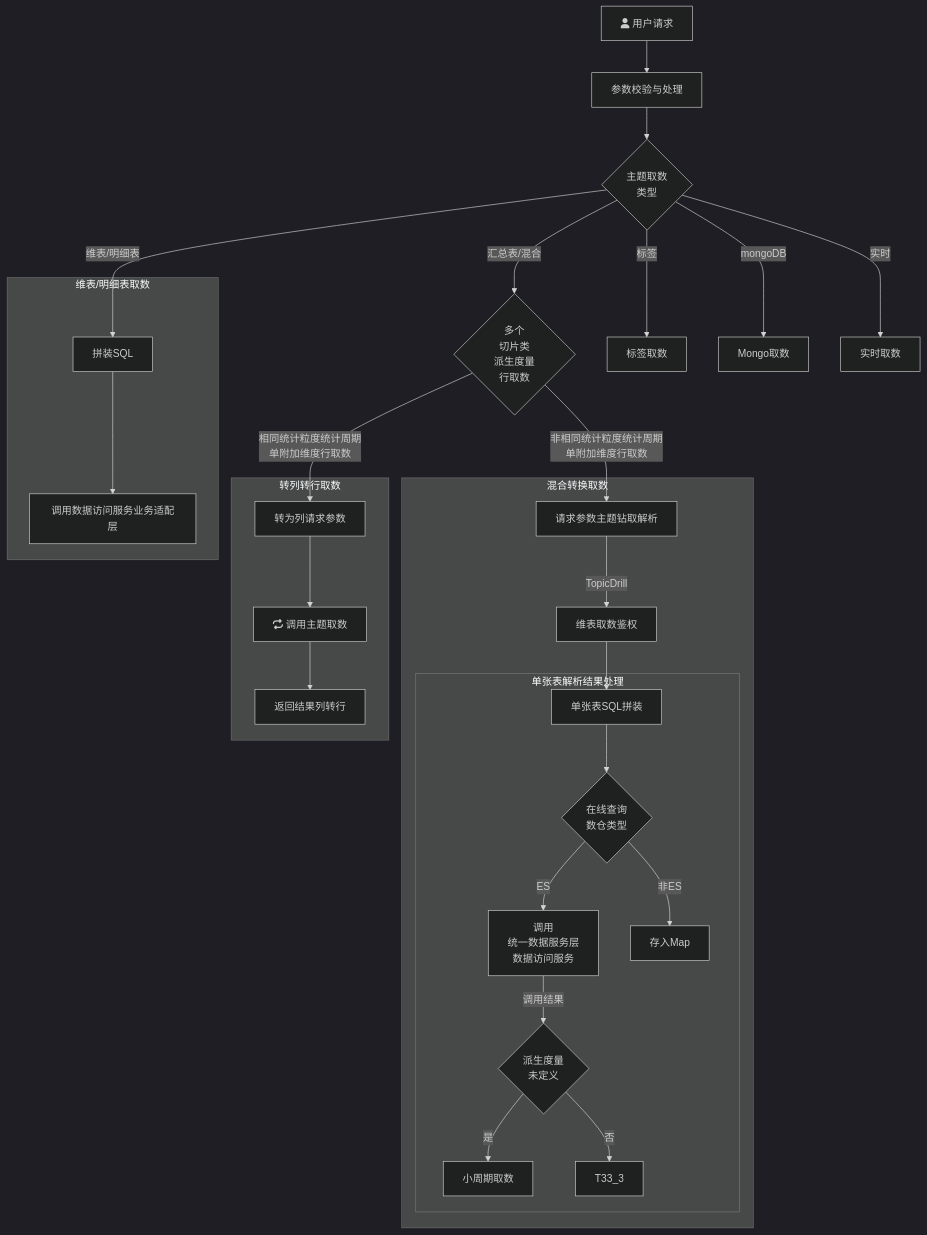
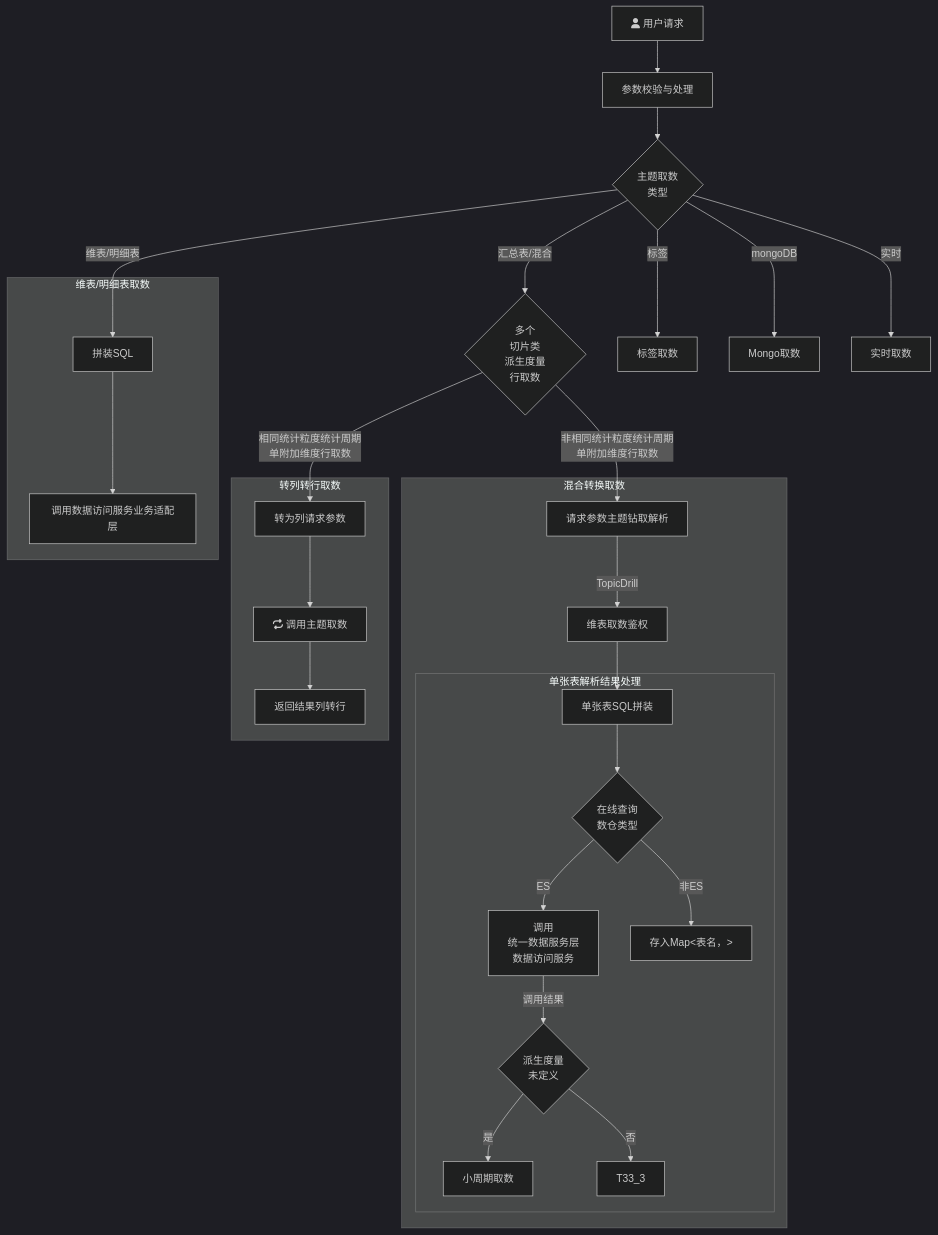
One commit to yanglosm/iodraw-files changed the diagram in all/未命名.md. Above: the diagram before and after it, drawn with Mermaid (dark theme).

Commit message:
2024-11-29 19:09:07 update

````diff
--- a/all/未命名.md
+++ b/all/未命名.md
@@ -1,26 +1,26 @@
 ```mermaid
 flowchart TD
     A[fa:fa-user 用户请求] -->A1[参数校验与处理] --> B{主题取数\n类型}
     B -->|维表/明细表| D[拼装SQL]
     B -->|汇总表/混合| E{多个\n切片类\n派生度量\n行取数}
     B -->|标签| F[标签取数]
     B -->|mongoDB| G[Mongo取数]
     B -->|实时| H[实时取数]
     E -->|相同统计粒度统计周期\n单附加维度行取数| E1[转为列请求参数]
     E -->|非相同统计粒度统计周期\n单附加维度行取数| T1[请求参数主题钻取解析]
     subgraph 维表/明细表取数
     D-->D1[调用数据访问服务业务适配层]
     end
     subgraph 转列转行取数
     E1-->E11[fa:fa-repeat 调用主题取数]-->E12[返回结果列转行]
     end
     subgraph 混合转换取数
     T1-->|TopicDrill| T2[维表取数鉴权] --> T31[单张表SQL拼装]
         subgraph 单张表解析结果处理
         T31 --> T4{在线查询\n数仓类型}-->|ES|T32[调用\n统一数据服务层\n数据访问服务] --> |调用结果|T33{派生度量\n未定义}
         T33 --> |是|T33_1[小周期取数]
         T33 --> |否|T33_3
-        T4 --> |非ES|T41["存入Map<bi'a>"]
+        T4 --> |非ES|T41["存入Map<表名，>"]
         end
     end
 ```
````
